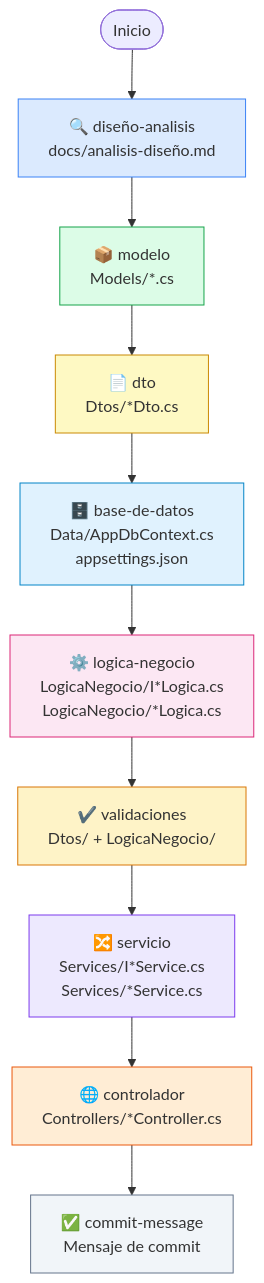
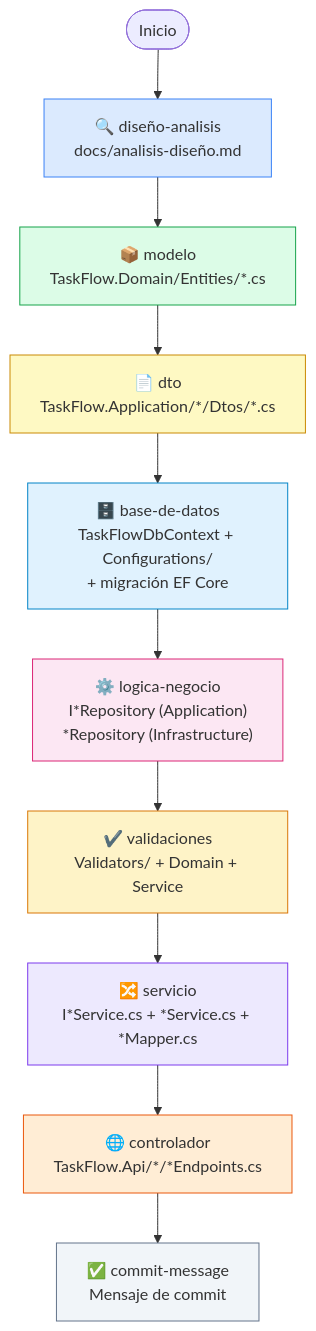
The second of 7 diagrams in docs/skills-orquestacion.md (hispafox/app-todolist-260921), drawn with Mermaid before and after one commit. The commit also changed other lines of this file and 15 other files, not shown here.

First line of the commit message:
docs(skills): alinear skills y documentacion de orquestacion con la arquitectura real de TaskFlow

````diff
--- a/docs/skills-orquestacion.md
+++ b/docs/skills-orquestacion.md
@@ -65,33 +63,33 @@
 ```mermaid
 flowchart TD
     A([Inicio]) --> DA
 
     DA["🔍 diseño-analisis\ndocs/analisis-diseño.md"]
-    M["📦 modelo\nModels/*.cs"]
-    DTO["📄 dto\nDtos/*Dto.cs"]
-    BD["🗄️ base-de-datos\nData/AppDbContext.cs\nappsettings.json"]
-    LN["⚙️ logica-negocio\nLogicaNegocio/I*Logica.cs\nLogicaNegocio/*Logica.cs"]
-    VA["✔️ validaciones\nDtos/ + LogicaNegocio/"]
-    SV["🔀 servicio\nServices/I*Service.cs\nServices/*Service.cs"]
-    CT["🌐 controlador\nControllers/*Controller.cs"]
+    M["📦 modelo\nTaskFlow.Domain/Entities/*.cs"]
+    DTO["📄 dto\nTaskFlow.Application/*/Dtos/*.cs"]
+    BD["🗄️ base-de-datos\nTaskFlowDbContext + Configurations/\n+ migración EF Core"]
+    LN["⚙️ logica-negocio\nI*Repository (Application)\n*Repository (Infrastructure)"]
+    VA["✔️ validaciones\nValidators/ + Domain + Service"]
+    SV["🔀 servicio\nI*Service.cs + *Service.cs + *Mapper.cs"]
+    CT["🌐 controlador\nTaskFlow.Api/*/*Endpoints.cs"]
     CM["✅ commit-message\nMensaje de commit"]
 
     DA --> M
     M --> DTO
     DTO --> BD
     BD --> LN
     LN --> VA
     VA --> SV
     SV --> CT
     CT --> CM
 
     style DA fill:#dbeafe,stroke:#3b82f6
     style M  fill:#dcfce7,stroke:#16a34a
     style DTO fill:#fef9c3,stroke:#ca8a04
     style BD fill:#e0f2fe,stroke:#0284c7
     style LN fill:#fce7f3,stroke:#db2777
     style VA fill:#fef3c7,stroke:#d97706
     style SV fill:#ede9fe,stroke:#7c3aed
     style CT fill:#ffedd5,stroke:#ea580c
     style CM fill:#f1f5f9,stroke:#64748b
 ```
````
